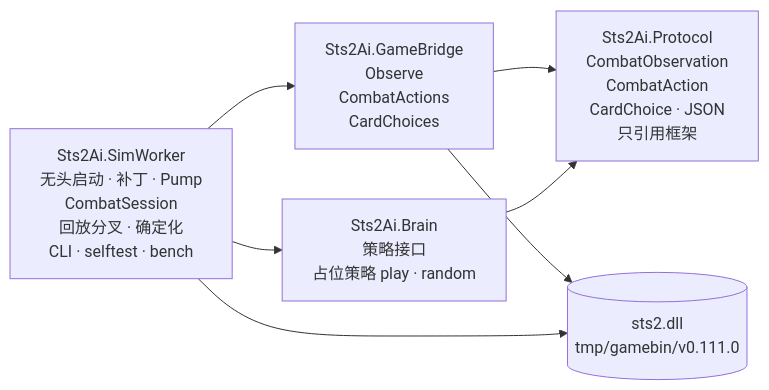
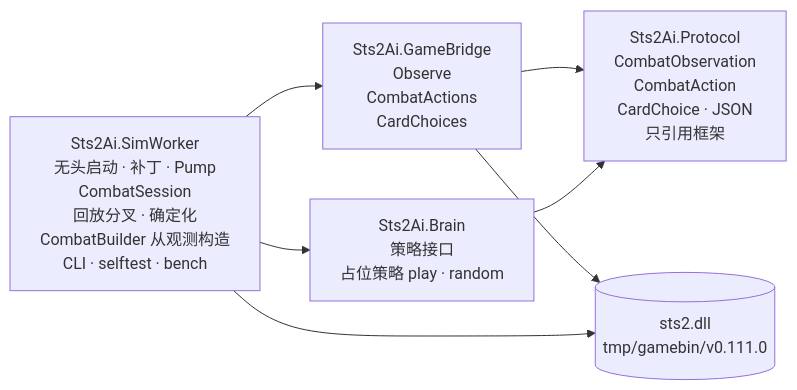
One commit to shinnku-nikaidou/spire-zero changed the sixth of 7 diagrams in docs/architecture.md. Above: the diagram before and after it, drawn with Mermaid. The commit also changed other lines of this file and 8 other files, not shown here.

````diff
--- a/docs/architecture.md
+++ b/docs/architecture.md
@@ -195,15 +197,15 @@
 ```mermaid
 flowchart LR
     Protocol["Sts2Ai.Protocol<br/>CombatObservation<br/>CombatAction<br/>CardChoice · JSON<br/>只引用框架"]
     Bridge["Sts2Ai.GameBridge<br/>Observe<br/>CombatActions<br/>CardChoices"]
     Brain["Sts2Ai.Brain<br/>策略接口<br/>占位策略 play · random"]
-    Sim["Sts2Ai.SimWorker<br/>无头启动 · 补丁 · Pump<br/>CombatSession<br/>回放分叉 · 确定化<br/>CLI · selftest · bench"]
+    Sim["Sts2Ai.SimWorker<br/>无头启动 · 补丁 · Pump<br/>CombatSession<br/>回放分叉 · 确定化<br/>CombatBuilder 从观测构造<br/>CLI · selftest · bench"]
     DLL[("sts2.dll<br/>tmp/gamebin/v0.111.0")]
 
     Bridge --> Protocol
     Bridge --> DLL
     Brain --> Protocol
     Sim --> Bridge
     Sim --> Brain
     Sim --> DLL
 ```
````
